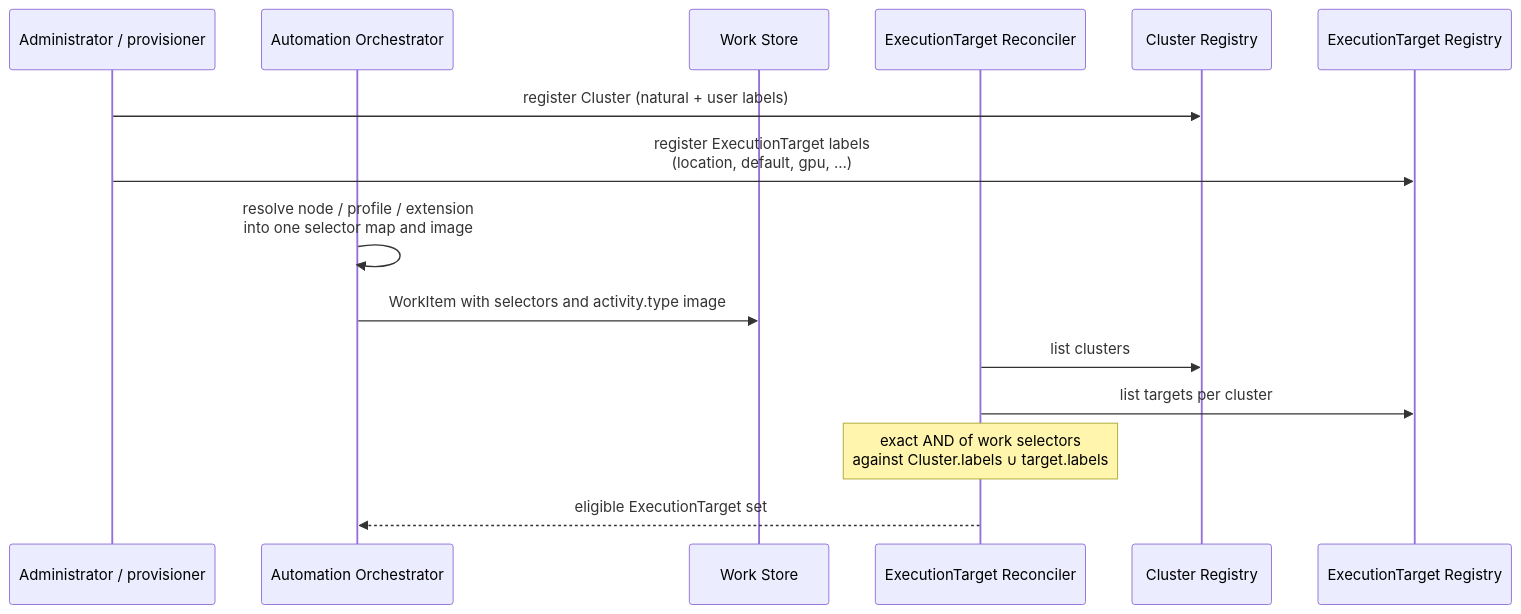
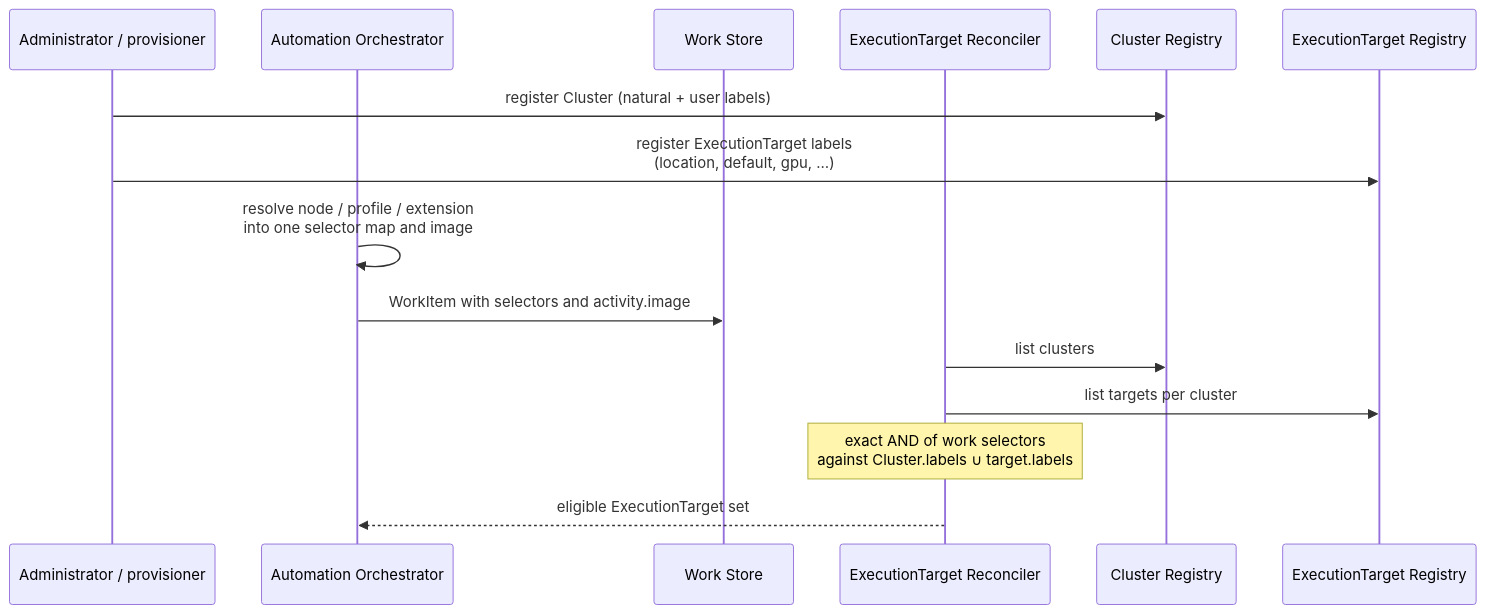
The diagram in backend/docs/execution-plane/labels.md (syntara-orchestration/syntara), drawn with Mermaid before and after one commit. The commit also changed other lines of this file and 4 other files, not shown here.

First line of the commit message:
docs(AAP-92721): rename activity.type to activity.image

````diff
--- a/backend/docs/execution-plane/labels.md
+++ b/backend/docs/execution-plane/labels.md
@@ -299,18 +299,18 @@
 ```mermaid
 sequenceDiagram
     participant Admin as Administrator / provisioner
     participant AO as Automation Orchestrator
     participant WS as Work Store
     participant R as ExecutionTarget Reconciler
     participant CR as Cluster Registry
     participant TR as ExecutionTarget Registry
 
     Admin->>CR: register Cluster (natural + user labels)
     Admin->>TR: register ExecutionTarget labels<br/>(location, default, gpu, …)
     AO->>AO: resolve node / profile / extension<br/>into one selector map and image
-    AO->>WS: WorkItem with selectors and activity.type image
+    AO->>WS: WorkItem with selectors and activity.image
     R->>CR: list clusters
     R->>TR: list targets per cluster
     Note over R: exact AND of work selectors<br/>against Cluster.labels ∪ target.labels
     R-->>AO: eligible ExecutionTarget set
 ```
````
